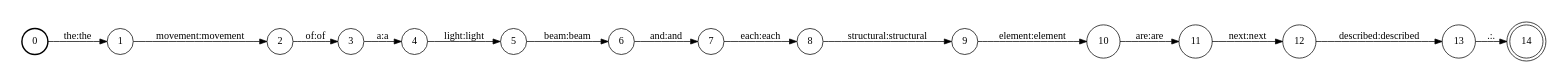
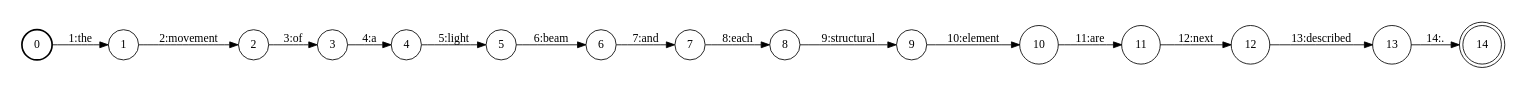
Before and after one commit to pepijnkokke/UvA-MT2-PBT: the diagram in out/task1/dev.en.7.dot, drawn with Graphviz. The commit also changed 2923 other files, not shown here.

```diff
--- a/out/task1/dev.en.7.dot
+++ b/out/task1/dev.en.7.dot
@@ -1,38 +1,38 @@
 digraph FST {
 rankdir = LR;
 size = "8.5,11";
 label = "";
 center = 1;
 orientation = Portrait;
 ranksep = "0.4";
 nodesep = "0.25";
 0 [label = "0", shape = circle, style = bold, fontsize = 14]
-	0 -> 1 [label = "the:the", fontsize = 14];
+	0 -> 1 [label = "1:the", fontsize = 14];
 1 [label = "1", shape = circle, style = solid, fontsize = 14]
-	1 -> 2 [label = "movement:movement", fontsize = 14];
+	1 -> 2 [label = "2:movement", fontsize = 14];
 2 [label = "2", shape = circle, style = solid, fontsize = 14]
-	2 -> 3 [label = "of:of", fontsize = 14];
+	2 -> 3 [label = "3:of", fontsize = 14];
 3 [label = "3", shape = circle, style = solid, fontsize = 14]
-	3 -> 4 [label = "a:a", fontsize = 14];
+	3 -> 4 [label = "4:a", fontsize = 14];
 4 [label = "4", shape = circle, style = solid, fontsize = 14]
-	4 -> 5 [label = "light:light", fontsize = 14];
+	4 -> 5 [label = "5:light", fontsize = 14];
 5 [label = "5", shape = circle, style = solid, fontsize = 14]
-	5 -> 6 [label = "beam:beam", fontsize = 14];
+	5 -> 6 [label = "6:beam", fontsize = 14];
 6 [label = "6", shape = circle, style = solid, fontsize = 14]
-	6 -> 7 [label = "and:and", fontsize = 14];
+	6 -> 7 [label = "7:and", fontsize = 14];
 7 [label = "7", shape = circle, style = solid, fontsize = 14]
-	7 -> 8 [label = "each:each", fontsize = 14];
+	7 -> 8 [label = "8:each", fontsize = 14];
 8 [label = "8", shape = circle, style = solid, fontsize = 14]
-	8 -> 9 [label = "structural:structural", fontsize = 14];
+	8 -> 9 [label = "9:structural", fontsize = 14];
 9 [label = "9", shape = circle, style = solid, fontsize = 14]
-	9 -> 10 [label = "element:element", fontsize = 14];
+	9 -> 10 [label = "10:element", fontsize = 14];
 10 [label = "10", shape = circle, style = solid, fontsize = 14]
-	10 -> 11 [label = "are:are", fontsize = 14];
+	10 -> 11 [label = "11:are", fontsize = 14];
 11 [label = "11", shape = circle, style = solid, fontsize = 14]
-	11 -> 12 [label = "next:next", fontsize = 14];
+	11 -> 12 [label = "12:next", fontsize = 14];
 12 [label = "12", shape = circle, style = solid, fontsize = 14]
-	12 -> 13 [label = "described:described", fontsize = 14];
+	12 -> 13 [label = "13:described", fontsize = 14];
 13 [label = "13", shape = circle, style = solid, fontsize = 14]
-	13 -> 14 [label = ".:.", fontsize = 14];
+	13 -> 14 [label = "14:.", fontsize = 14];
 14 [label = "14", shape = doublecircle, style = solid, fontsize = 14]
 }
```
